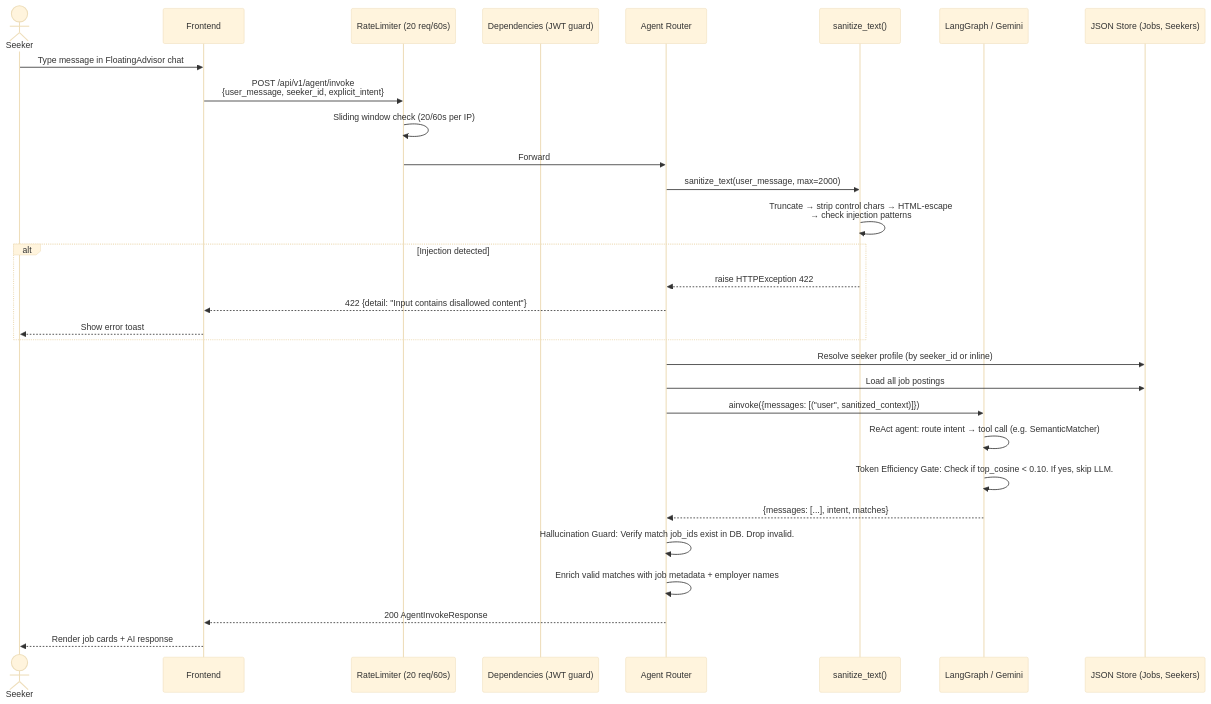
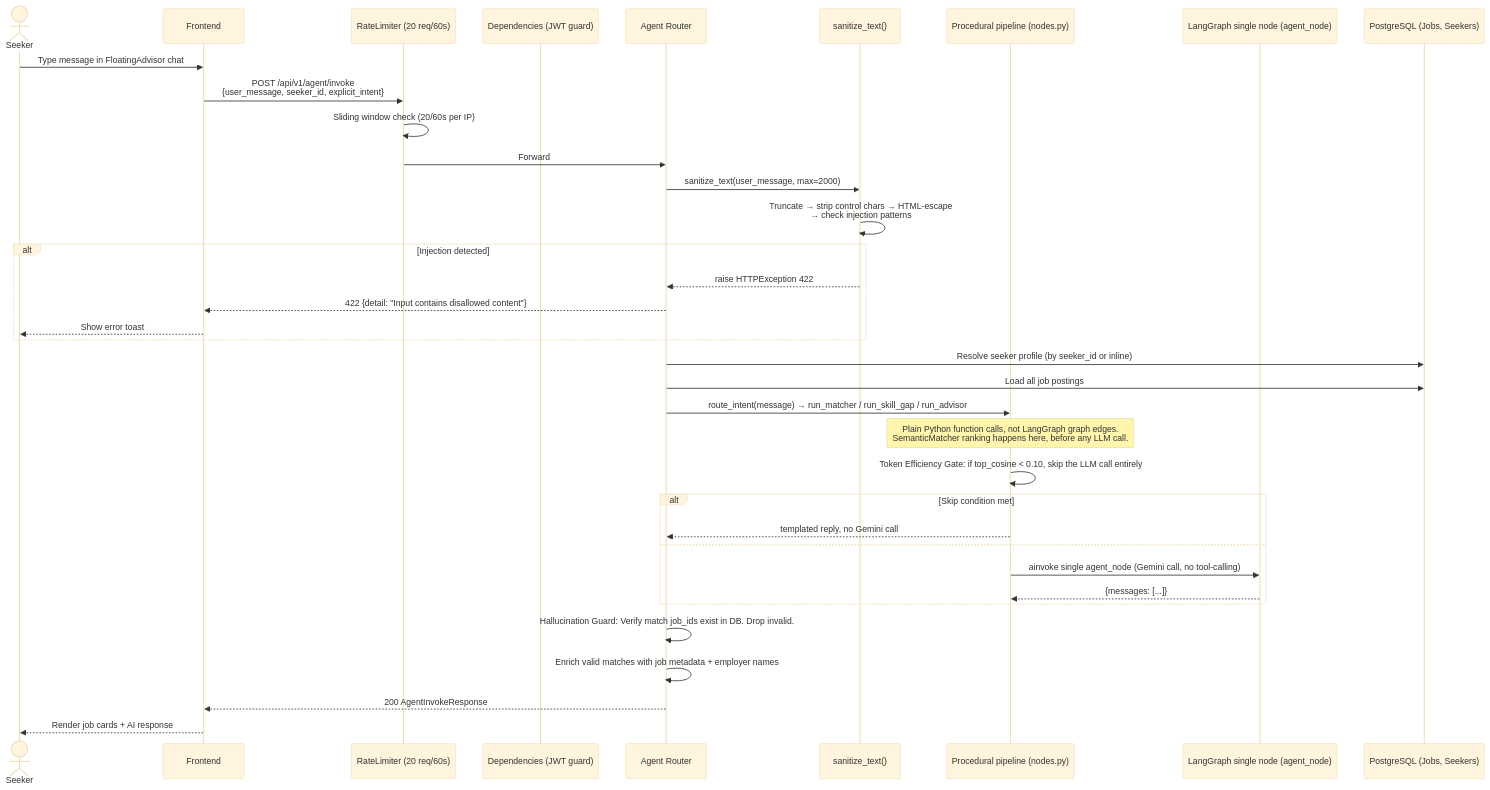
The third of 7 diagrams in docs/SEQUENCE_DIAGRAMS.md (LouSens/KerjaCerdas), drawn with Mermaid (base theme) before and after one commit. The commit also changed other lines of this file and 33 other files, not shown here.

Commit message:
docs: consolidate architecture/pitch docs, remove hackathon-audit meta-commentary, fix stale content

````diff
--- a/docs/SEQUENCE_DIAGRAMS.md
+++ b/docs/SEQUENCE_DIAGRAMS.md
@@ -104,33 +105,39 @@
 ```mermaid
 sequenceDiagram
     actor S as Seeker
     participant F as Frontend
     participant RL as RateLimiter (20 req/60s)
     participant DP as Dependencies (JWT guard)
     participant AG as Agent Router
     participant SN as sanitize_text()
-    participant LG as LangGraph / Gemini
-    participant DB as JSON Store (Jobs, Seekers)
+    participant PR as Procedural pipeline (nodes.py)
+    participant LG as LangGraph single node (agent_node)
+    participant DB as PostgreSQL (Jobs, Seekers)
 
     S->>F: Type message in FloatingAdvisor chat
     F->>RL: POST /api/v1/agent/invoke<br/>{user_message, seeker_id, explicit_intent}
     RL->>RL: Sliding window check (20/60s per IP)
     RL->>AG: Forward
     AG->>SN: sanitize_text(user_message, max=2000)
     SN->>SN: Truncate → strip control chars → HTML-escape<br/>→ check injection patterns
     alt Injection detected
         SN-->>AG: raise HTTPException 422
         AG-->>F: 422 {detail: "Input contains disallowed content"}
         F-->>S: Show error toast
     end
     AG->>DB: Resolve seeker profile (by seeker_id or inline)
     AG->>DB: Load all job postings
-    AG->>LG: ainvoke({messages: [("user", sanitized_context)]})
-    LG->>LG: ReAct agent: route intent → tool call (e.g. SemanticMatcher)
-    LG->>LG: Token Efficiency Gate: Check if top_cosine < 0.10. If yes, skip LLM.
-    LG-->>AG: {messages: [...], intent, matches}
+    AG->>PR: route_intent(message) → run_matcher / run_skill_gap / run_advisor
+    Note over PR: Plain Python function calls, not LangGraph graph edges.<br/>SemanticMatcher ranking happens here, before any LLM call.
+    PR->>PR: Token Efficiency Gate: if top_cosine < 0.10, skip the LLM call entirely
+    alt Skip condition met
+        PR-->>AG: templated reply, no Gemini call
+    else
+        PR->>LG: ainvoke single agent_node (Gemini call, no tool-calling)
+        LG-->>PR: {messages: [...]}
+    end
     AG->>AG: Hallucination Guard: Verify match job_ids exist in DB. Drop invalid.
     AG->>AG: Enrich valid matches with job metadata + employer names
     AG-->>F: 200 AgentInvokeResponse
     F-->>S: Render job cards + AI response
 ```
````
